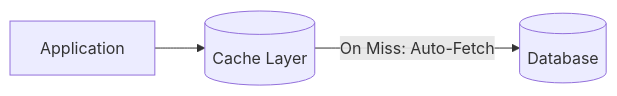
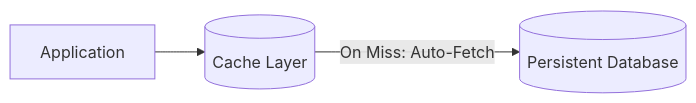
Before and after one commit to Sujalkathait/high-level-design: the third of 6 diagrams in 05-caching/caching-strategies.md, drawn with Mermaid. The commit also changed other lines of this file and 4 other files, not shown here.

Commit message:
fix(caching): fix all mermaid diagram syntax, quoting, and formatting across caching docs

````diff
--- a/05-caching/caching-strategies.md
+++ b/05-caching/caching-strategies.md
@@ -85,5 +85,5 @@
 ```mermaid
 flowchart LR
-    App[Application] --> Cache[("Cache Layer")]
-    Cache -->|"On Miss: Auto-Fetch"| DB[("Database")]
+    App["Application"] --> Cache[("Cache Layer")]
+    Cache -->|"On Miss: Auto-Fetch"| DB[("Persistent Database")]
 ```
````
